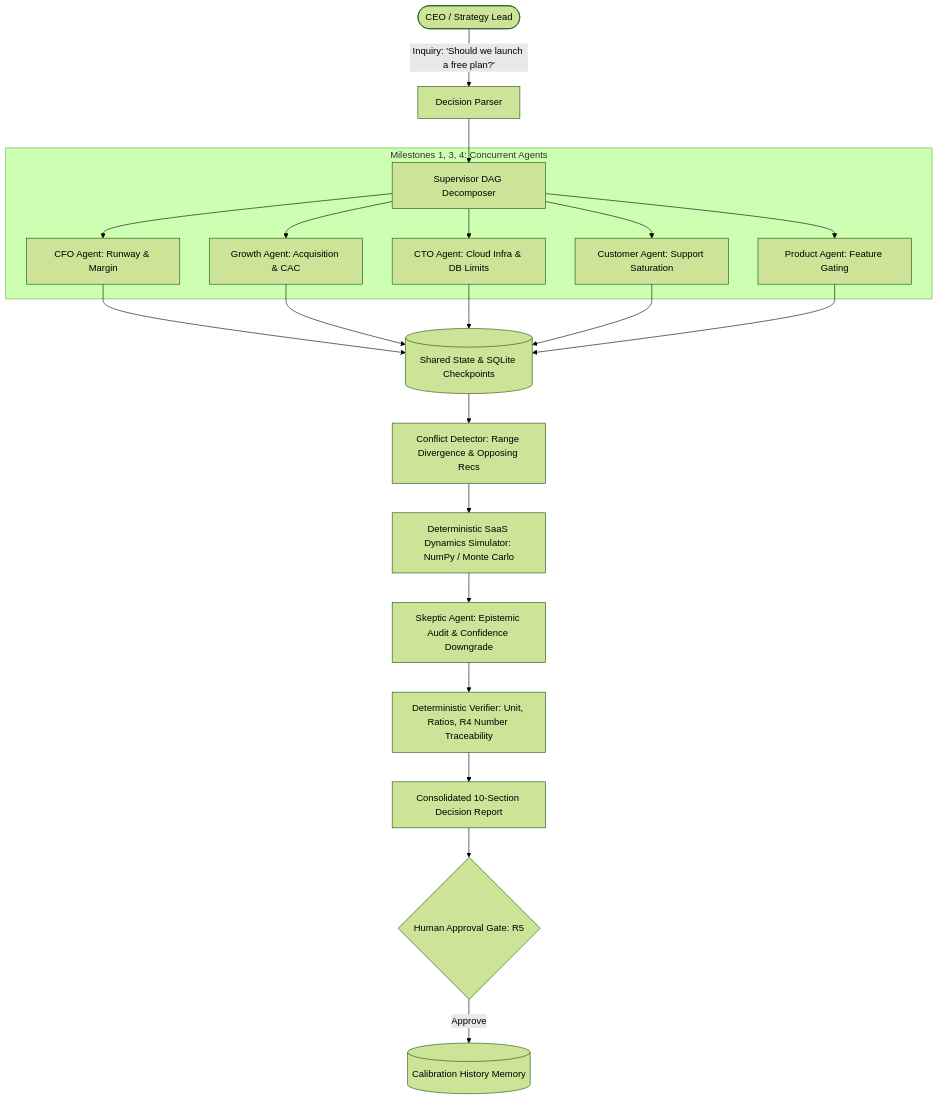
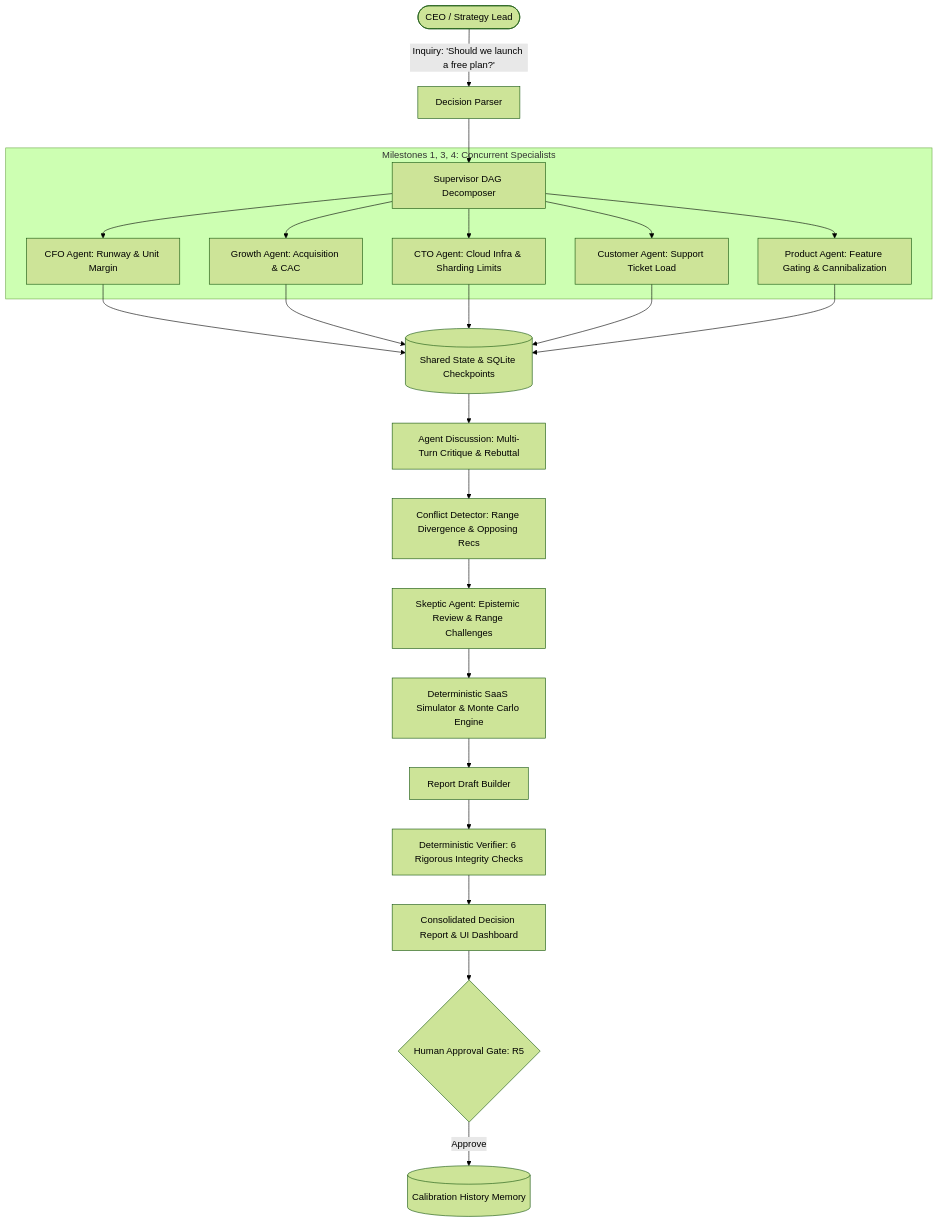
The diagram in README.md (YASHK-arch/NimbusDesk), drawn with Mermaid (forest theme) before and after one commit. The commit also changed other lines of this file and 8 other files, not shown here.

````diff
--- a/README.md
+++ b/README.md
@@ -30,28 +31,30 @@
 ```mermaid
 flowchart TD
     User([CEO / Strategy Lead]) -->|Inquiry: 'Should we launch a free plan?'| Parser[Decision Parser]
     Parser --> Decomposer[Supervisor DAG Decomposer]
 
-    subgraph Parallel Execution Layer [Milestones 1, 3, 4: Concurrent Agents]
-        Decomposer --> CFO[CFO Agent: Runway & Margin]
+    subgraph Parallel Analysis Layer [Milestones 1, 3, 4: Concurrent Specialists]
+        Decomposer --> CFO[CFO Agent: Runway & Unit Margin]
         Decomposer --> Growth[Growth Agent: Acquisition & CAC]
-        Decomposer --> CTO[CTO Agent: Cloud Infra & DB Limits]
-        Decomposer --> Customer[Customer Agent: Support Saturation]
-        Decomposer --> Product[Product Agent: Feature Gating]
+        Decomposer --> CTO[CTO Agent: Cloud Infra & Sharding Limits]
+        Decomposer --> Customer[Customer Agent: Support Ticket Load]
+        Decomposer --> Product[Product Agent: Feature Gating & Cannibalization]
     end
 
     CFO --> State[(Shared State & SQLite Checkpoints)]
     Growth --> State
     CTO --> State
     Customer --> State
     Product --> State
 
-    State --> ConflictDetector[Conflict Detector: Range Divergence & Opposing Recs]
-    ConflictDetector --> Simulator[Deterministic SaaS Dynamics Simulator: NumPy / Monte Carlo]
+    State --> Discussion[Agent Discussion: Multi-Turn Critique & Rebuttal]
+    Discussion --> ConflictDetector[Conflict Detector: Range Divergence & Opposing Recs]
+    ConflictDetector --> Skeptic[Skeptic Agent: Epistemic Review & Range Challenges]
+    Skeptic --> Simulator[Deterministic SaaS Simulator & Monte Carlo Engine]
     
-    Simulator --> Skeptic[Skeptic Agent: Epistemic Audit & Confidence Downgrade]
-    Skeptic --> Verifier[Deterministic Verifier: Unit, Ratios, R4 Number Traceability]
-    Verifier --> Report[Consolidated 10-Section Decision Report]
+    Simulator --> DraftReport[Report Draft Builder]
+    DraftReport --> Verifier[Deterministic Verifier: 6 Rigorous Integrity Checks]
+    Verifier --> Report[Consolidated Decision Report & UI Dashboard]
     Report --> HumanApproval{Human Approval Gate: R5}
     HumanApproval -->|Approve| CalibrationStore[(Calibration History Memory)]
 ```
````
